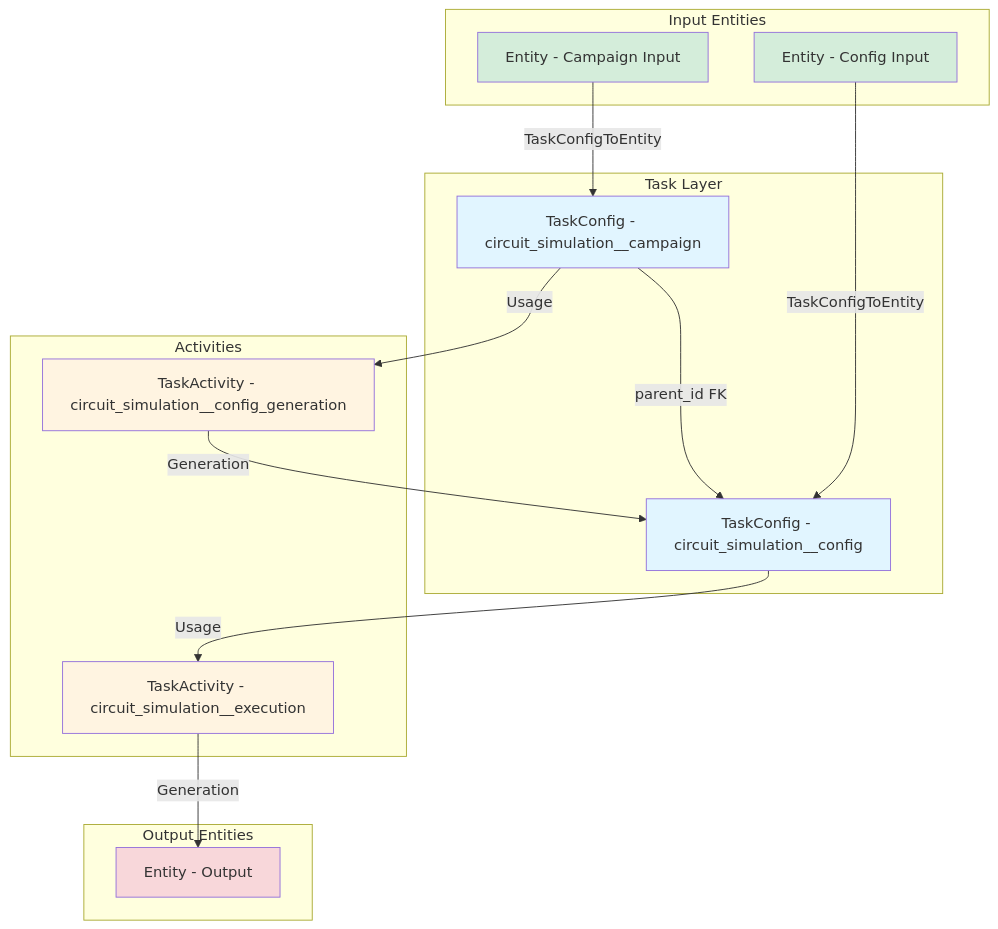
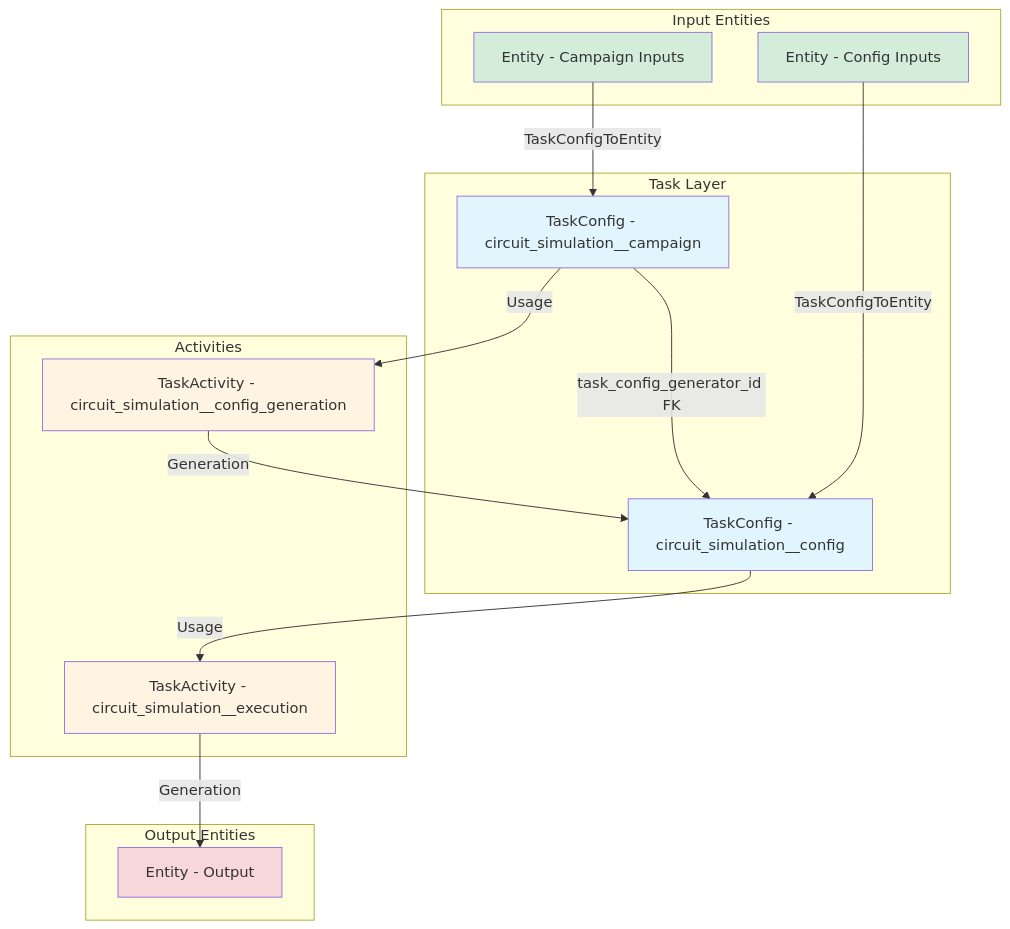
Before and after one commit to openbraininstitute/entitycore: the first of 2 diagrams in docs/task-models-diagram.md, drawn with Mermaid. The commit also changed other lines of this file and 14 other files, not shown here.

Commit message:
Rename input to inputs, parent_id to task_config_generator_id

````diff
--- a/docs/task-models-diagram.md
+++ b/docs/task-models-diagram.md
@@ -3,39 +3,39 @@
 ```mermaid
 flowchart TD
-    subgraph Input["Input Entities"]
-        EIn1[Entity - Campaign Input]
-        EIn2[Entity - Config Input]
+    subgraph Inputs["Input Entities"]
+        EIn1[Entity - Campaign Inputs]
+        EIn2[Entity - Config Inputs]
     end
 
     subgraph Task_Layer["Task Layer"]
         TC1[TaskConfig - circuit_simulation__campaign]
         TC2[TaskConfig - circuit_simulation__config]
     end
 
     subgraph Activities
         TA1[TaskActivity - circuit_simulation__config_generation]
         TA2[TaskActivity - circuit_simulation__execution]
     end
 
     subgraph Output["Output Entities"]
         EOut[Entity - Output]
     end
 
     EIn1 -->|TaskConfigToEntity| TC1
     EIn2 -->|TaskConfigToEntity| TC2
-    TC1 -->|parent_id FK| TC2
+    TC1 -->|task_config_generator_id FK| TC2
 
     TC1 -->|Usage| TA1
     TA1 -->|Generation| TC2
 
     TC2 -->|Usage| TA2
     TA2 -->|Generation| EOut
 
     style TC1 fill:#e1f5ff
     style TC2 fill:#e1f5ff
     style EIn1 fill:#d4edda
     style EIn2 fill:#d4edda
     style EOut fill:#f8d7da
     style TA1 fill:#fff4e1
     style TA2 fill:#fff4e1
 ```
````
